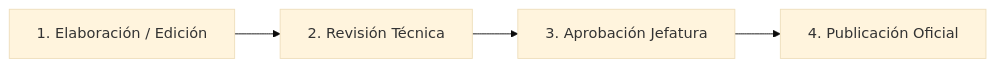
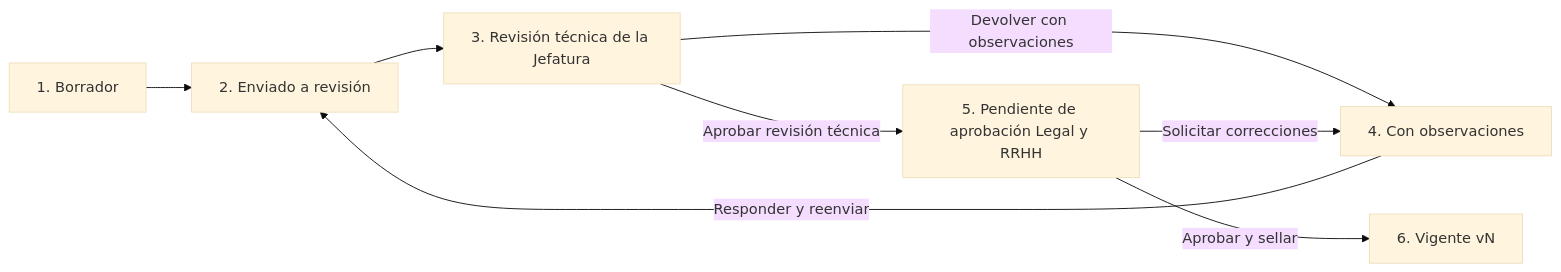
One commit to Allopze/bodega changed the diagram in docs/manual-prevencion/parte-1-programa-y-planificacion/04-miper-mapa-riesgos.md. Above: the diagram before and after it, drawn with Mermaid (base theme). The commit also changed other lines of this file, not shown here.

````diff
--- a/docs/manual-prevencion/parte-1-programa-y-planificacion/04-miper-mapa-riesgos.md
+++ b/docs/manual-prevencion/parte-1-programa-y-planificacion/04-miper-mapa-riesgos.md
@@ -38,6 +176,10 @@
 ```mermaid
 graph LR
-    A[1. Elaboración / Edición] --> B[2. Revisión Técnica]
-    B --> C[3. Aprobación Jefatura]
-    C --> D[4. Publicación Oficial]
+    A[1. Borrador] --> B[2. Enviado a revisión]
+    B --> C[3. Revisión técnica de la Jefatura]
+    C -->|Devolver con observaciones| D[4. Con observaciones]
+    D -->|Responder y reenviar| B
+    C -->|Aprobar revisión técnica| E[5. Pendiente de aprobación Legal y RRHH]
+    E -->|Solicitar correcciones| D
+    E -->|Aprobar y sellar| F[6. Vigente vN]
 ```
````
